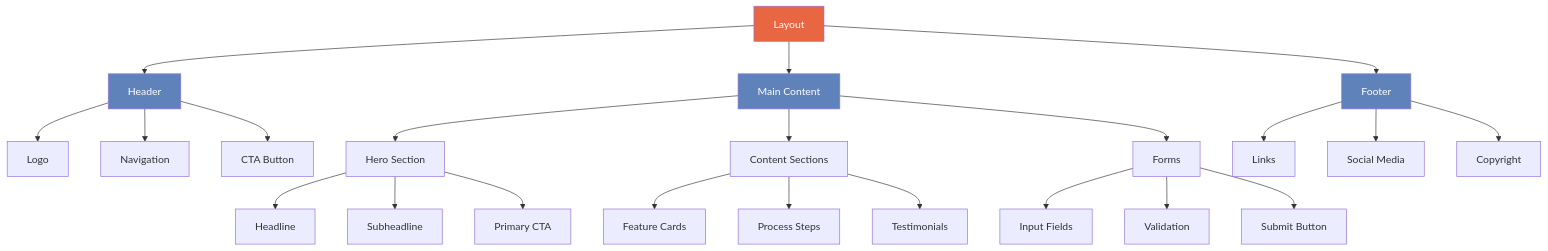
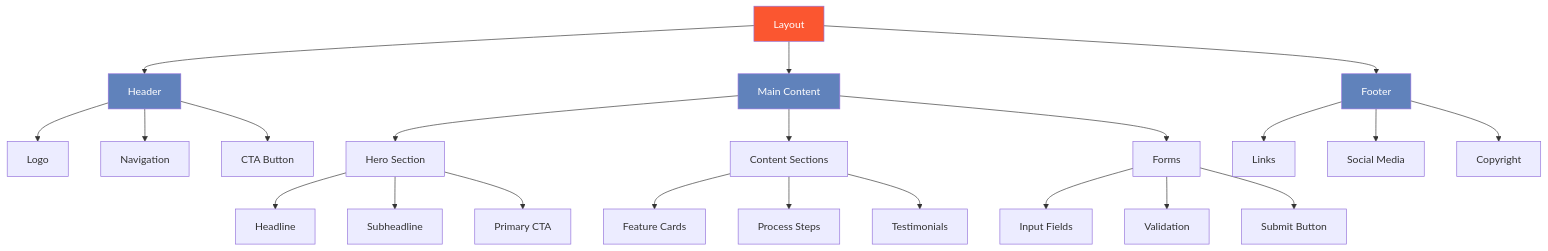
The second of 2 diagrams in hambacompare-website-plan.md (derekhobden/hambawebsite), drawn with Mermaid before and after one commit. The commit also changed other lines of this file and 2 other files, not shown here.

Commit message:
color update

````diff
--- a/hambacompare-website-plan.md
+++ b/hambacompare-website-plan.md
@@ -175,35 +175,35 @@
 ```mermaid
 graph TD
     A[Layout] --> B[Header]
     A --> C[Main Content]
     A --> D[Footer]
-    
+
     B --> B1[Logo]
     B --> B2[Navigation]
     B --> B3[CTA Button]
-    
+
     C --> C1[Hero Section]
     C --> C2[Content Sections]
     C --> C3[Forms]
-    
+
     C1 --> C1a[Headline]
     C1 --> C1b[Subheadline]
     C1 --> C1c[Primary CTA]
-    
+
     C2 --> C2a[Feature Cards]
     C2 --> C2b[Process Steps]
     C2 --> C2c[Testimonials]
-    
+
     C3 --> C3a[Input Fields]
     C3 --> C3b[Validation]
     C3 --> C3c[Submit Button]
-    
+
     D --> D1[Links]
     D --> D2[Social Media]
     D --> D3[Copyright]
-    
-    style A fill:#E86642,color:white
+
+    style A fill:#FB5630,color:white
     style B fill:#6082BB,color:white
     style C fill:#6082BB,color:white
     style D fill:#6082BB,color:white
 ```
````
